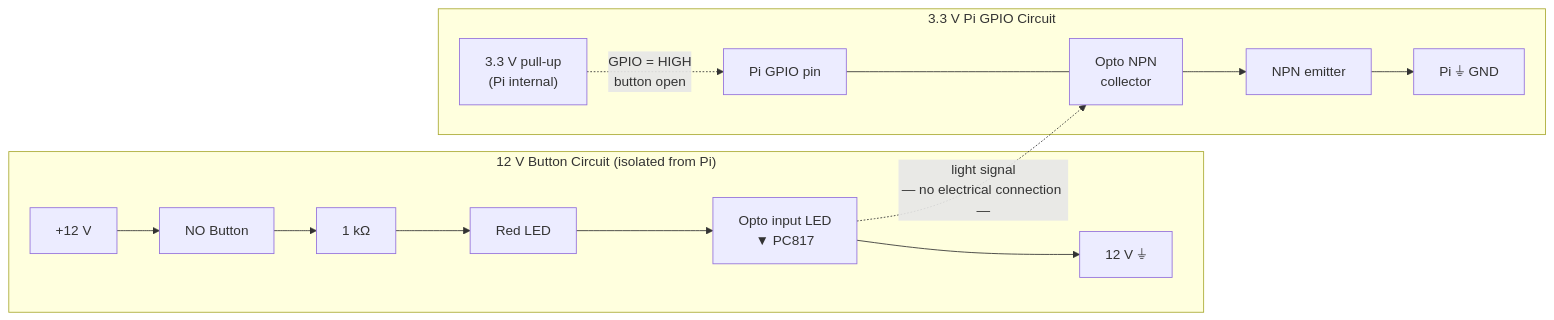
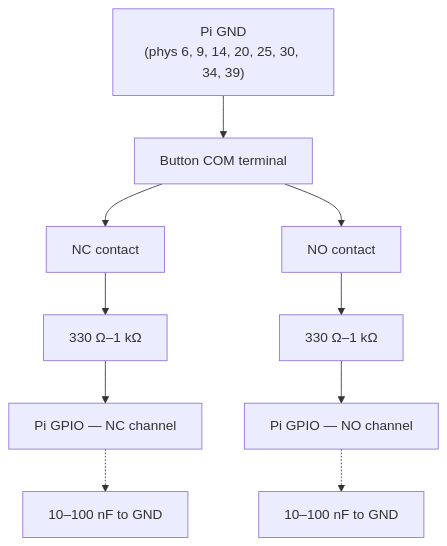
The fourth of 5 diagrams in docs/hardware-wiring.md (Team841/bioarena), drawn with Mermaid before and after one commit. The commit also changed other lines of this file and 32 other files, not shown here.

````diff
--- a/docs/hardware-wiring.md
+++ b/docs/hardware-wiring.md
@@ -125,19 +157,21 @@
 ```mermaid
-flowchart LR
-    subgraph V12["12 V Button Circuit  (isolated from Pi)"]
-        P12["+12 V"] --> BTN["NO Button"]
-        BTN --> R1["1 kΩ"]
-        R1 --> RLED["Red LED"]
-        RLED --> OLED["Opto input LED\n▼ PC817"]
-        OLED --> G12["12 V ⏚"]
-    end
+flowchart TD
+    PGND["Pi GND\n(phys 6, 9, 14, 20, 25, 30, 34, 39)"]
+    BTNC["Button COM terminal"]
+    NC["NC contact"]
+    NO["NO contact"]
+    RNC["330 Ω–1 kΩ"]
+    RNO["330 Ω–1 kΩ"]
+    CNC["10–100 nF to GND"]
+    CNO["10–100 nF to GND"]
+    GNC["Pi GPIO — NC channel"]
+    GNO["Pi GPIO — NO channel"]
 
-    OLED -. "light signal\n— no electrical connection —" .-> OTRANS
-
-    subgraph V33["3.3 V Pi GPIO Circuit"]
-        PU["3.3 V pull-up\n(Pi internal)"] -.->|"GPIO = HIGH\nbutton open"| GPIO["Pi GPIO pin"]
-        GPIO --- OTRANS["Opto NPN\ncollector"]
-        OTRANS --> EMIT["NPN emitter"]
-        EMIT --> PGND["Pi ⏚ GND"]
-    end
+    PGND --> BTNC
+    BTNC --> NC
+    BTNC --> NO
+    NC --> RNC --> GNC
+    NO --> RNO --> GNO
+    GNC -.-> CNC
+    GNO -.-> CNO
 ```
````
